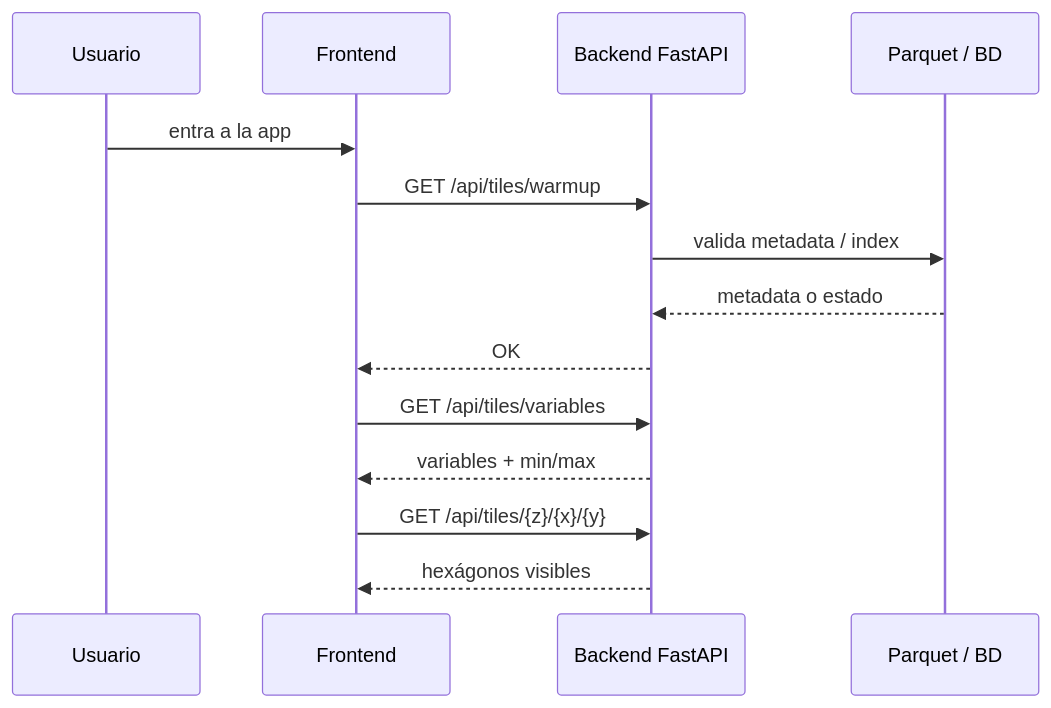
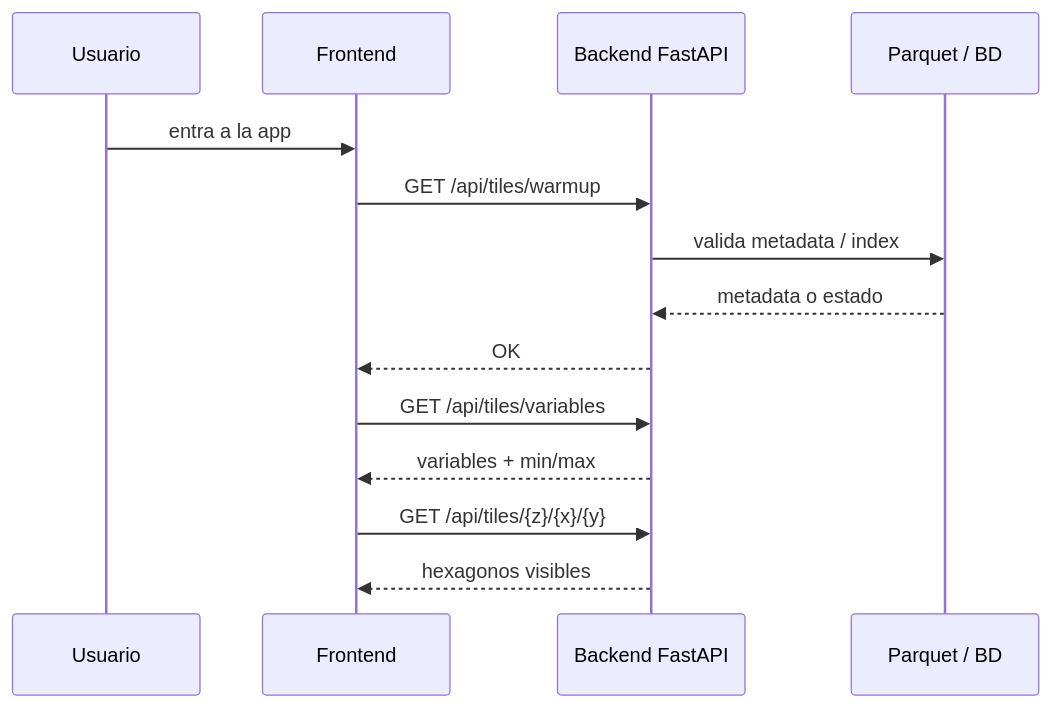
The second of 5 diagrams in docs/architecture/diagrama-de-integracion-y-uso.md (DimensionSwVento/AppVento), drawn with Mermaid before and after one commit. The commit also changed other lines of this file, not shown here.

Commit message:
Update integration document with a simplified Mermaid-safe version

````diff
--- a/docs/architecture/diagrama-de-integracion-y-uso.md
+++ b/docs/architecture/diagrama-de-integracion-y-uso.md
@@ -79,19 +79,19 @@
 ```mermaid
 sequenceDiagram
     participant U as Usuario
     participant F as Frontend
     participant B as Backend FastAPI
     participant P as Parquet / BD
 
     U->>F: entra a la app
     F->>B: GET /api/tiles/warmup
     B->>P: valida metadata / index
     P-->>B: metadata o estado
     B-->>F: OK
 
     F->>B: GET /api/tiles/variables
     B-->>F: variables + min/max
 
     F->>B: GET /api/tiles/{z}/{x}/{y}
-    B-->>F: hexágonos visibles
+    B-->>F: hexagonos visibles
 ```
````
